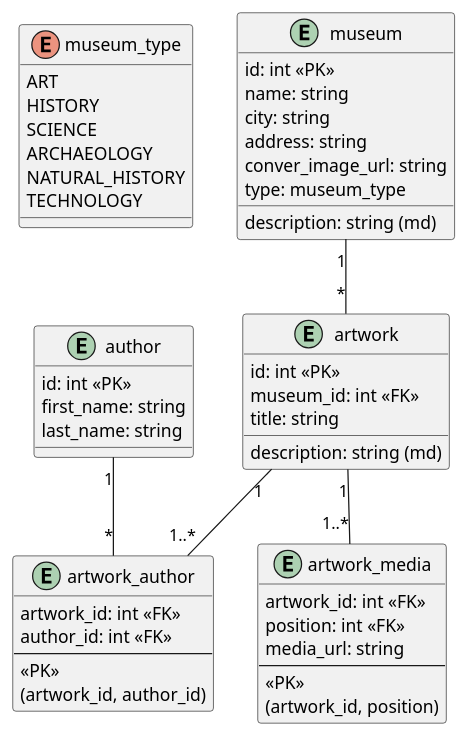
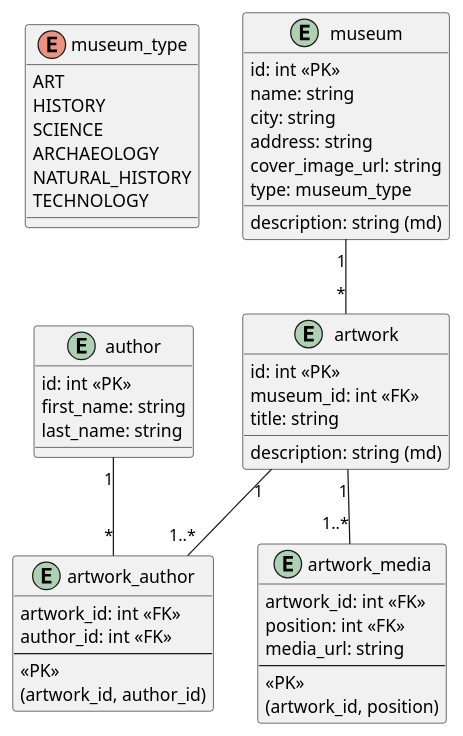
One commit to d-najd/virtual-museum changed the diagram in schema.puml. Above: the diagram before and after it, drawn with PlantUML. The commit also changed 17 other files, not shown here.

```diff
--- a/schema.puml
+++ b/schema.puml
@@ -1,58 +1,58 @@
 @startuml
 
 enum museum_type {
   ART
   HISTORY
   SCIENCE
   ARCHAEOLOGY
   NATURAL_HISTORY
   TECHNOLOGY
 }
 
 entity museum {
     id: int <<PK>>
     name: string
     description: string (md)
     city: string
     address: string
-    conver_image_url: string
+    cover_image_url: string
     type: museum_type
 }
 
 entity artwork {
     id: int <<PK>>
     museum_id: int <<FK>>
     title: string
     description: string (md)
     ' tags, year, active
 }
 
 entity artwork_author {
     artwork_id: int <<FK>>
     author_id: int <<FK>>
     ---
     <<PK>>
     (artwork_id, author_id)
 }
 
 entity author {
     id: int <<PK>>
     first_name: string
     last_name: string
 }
 
 entity artwork_media {
     artwork_id: int <<FK>>
     position: int <<FK>>
     media_url: string
     ---
     <<PK>>
     (artwork_id, position)
 }
 
 museum "1" -- "*" artwork
 artwork "1" -- "1..*" artwork_author
 artwork "1" -- "1..*" artwork_media 
 author "1" -- "*" artwork_author
 
 @enduml
```
